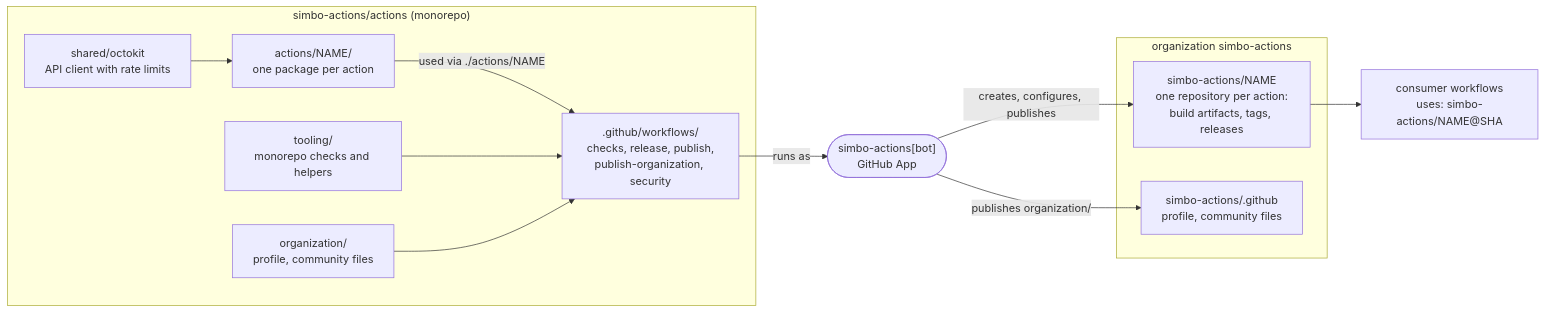
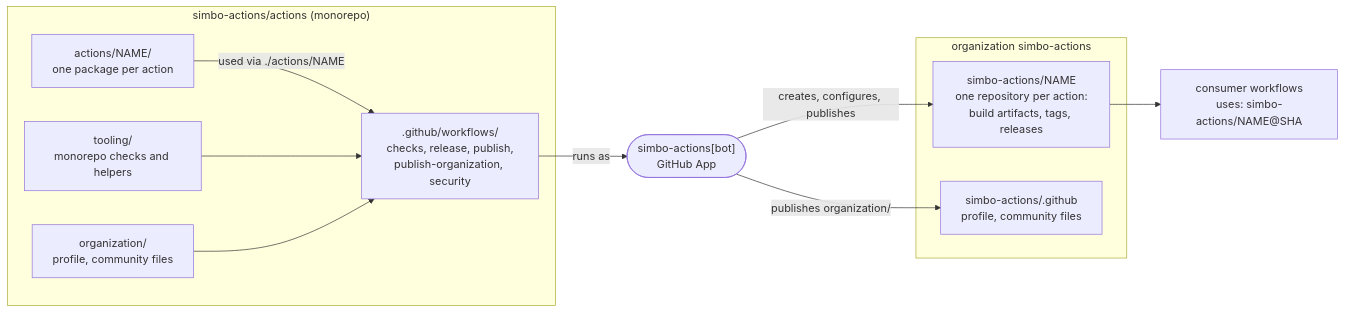
One commit to simbo-actions/actions changed the first of 7 diagrams in ARCHITECTURE.md. Above: the diagram before and after it, drawn with Mermaid. The commit also changed other lines of this file and 47 other files, not shown here.

First line of the commit message:
refactor(repo): copy the Octokit client into every action instead of shared/octokit

````diff
--- a/ARCHITECTURE.md
+++ b/ARCHITECTURE.md
@@ -50,28 +50,26 @@
 ```mermaid
 flowchart LR
   subgraph monorepo["simbo-actions/actions (monorepo)"]
     actions["actions/NAME/<br/>one package per action"]
-    shared["shared/octokit<br/>API client with rate limits"]
     tooling["tooling/<br/>monorepo checks and helpers"]
     workflows[".github/workflows/<br/>checks, release, publish,<br/>publish-organization, security"]
     organization["organization/<br/>profile, community files"]
   end
 
   bot(["simbo-actions[bot]<br/>GitHub App"])
 
   subgraph org["organization simbo-actions"]
     repos["simbo-actions/NAME<br/>one repository per action:<br/>build artifacts, tags, releases"]
     profile["simbo-actions/.github<br/>profile, community files"]
   end
 
   consumer["consumer workflows<br/>uses: simbo-actions/NAME@SHA"]
 
-  shared --> actions
   actions -- "used via ./actions/NAME" --> workflows
   tooling --> workflows
   organization --> workflows
   workflows -- "runs as" --> bot
   bot -- "creates, configures, publishes" --> repos
   bot -- "publishes organization/" --> profile
   repos --> consumer
 ```
````
